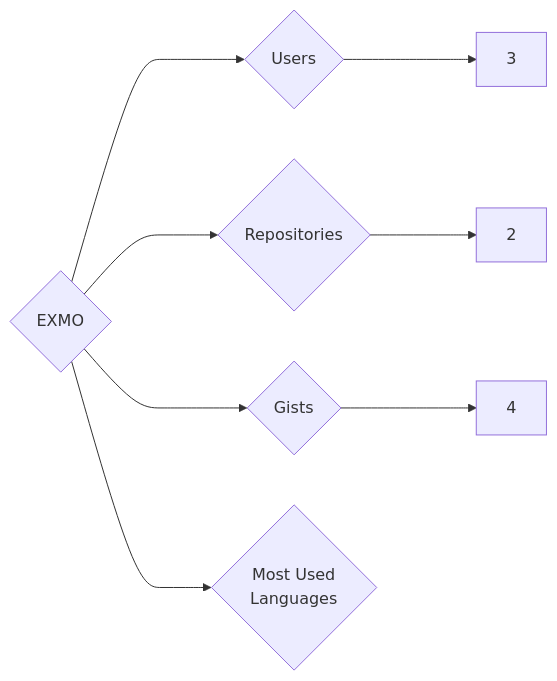
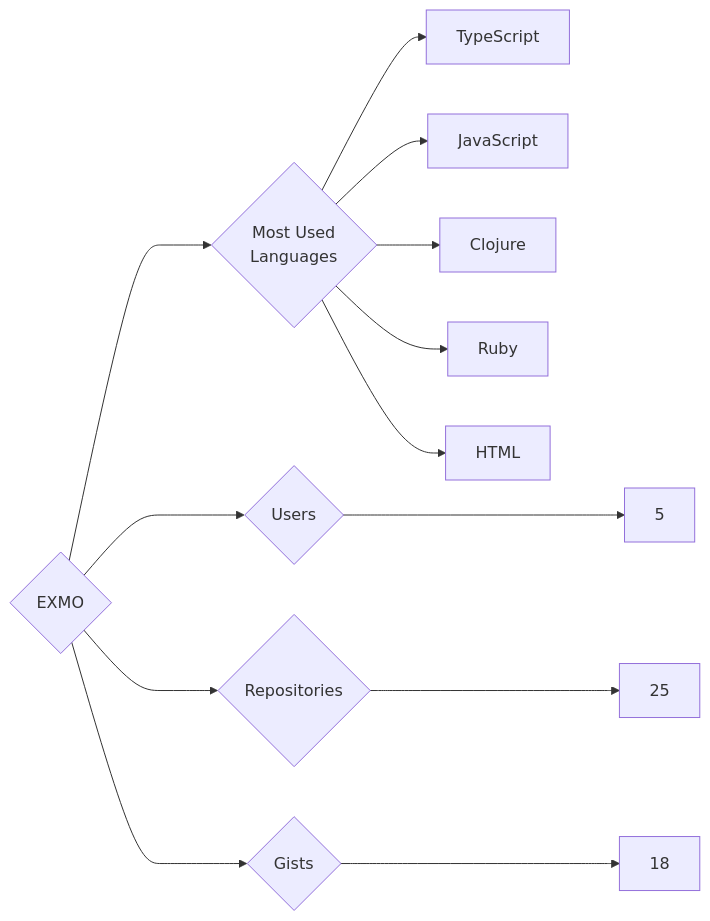
Before and after one commit to trickest/insiders: the diagram in targets/EXMO/README.md, drawn with Mermaid. The commit also changed 1148 other files, not shown here.

````diff
--- a/targets/EXMO/README.md
+++ b/targets/EXMO/README.md
@@ -3,8 +3,13 @@
 ```mermaid
 graph LR
 COMPANY_NAME{EXMO}
-COMPANY_NAME ---> U{Users} ---> UN[3]
-COMPANY_NAME ---> R{Repositories} ---> RN[2]
-COMPANY_NAME ---> G{Gists} ---> GN[4]
+COMPANY_NAME ---> U{Users} ---> UN[5]
+COMPANY_NAME ---> R{Repositories} ---> RN[25]
+COMPANY_NAME ---> G{Gists} ---> GN[18]
 COMPANY_NAME ---> ML{Most Used<br>Languages}
+ML --> TypeScript[TypeScript]
+ML --> JavaScript[JavaScript]
+ML --> Clojure[Clojure]
+ML --> Ruby[Ruby]
+ML --> HTML[HTML]
 ```
````
